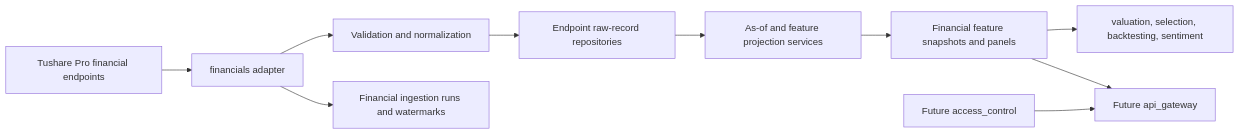
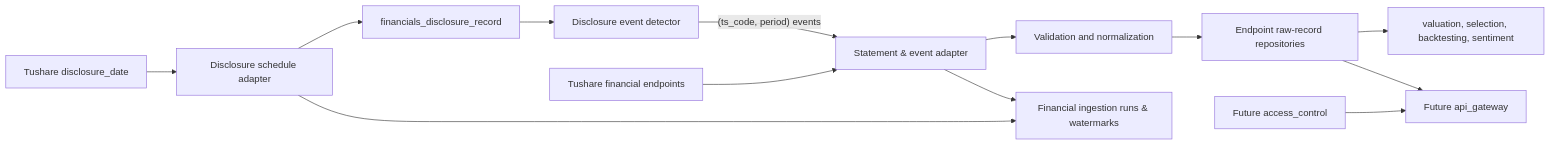
One commit to bizeasy17/sms changed the diagram in manniu/docs/requirements/market-analysis/financials-backend-design.md. Above: the diagram before and after it, drawn with Mermaid. The commit also changed other lines of this file and 29 other files, not shown here.

````diff
--- a/manniu/docs/requirements/market-analysis/financials-backend-design.md
+++ b/manniu/docs/requirements/market-analysis/financials-backend-design.md
@@ -28,12 +28,15 @@
 ```mermaid
 flowchart LR
-    Tushare[Tushare Pro financial endpoints] --> Adapter[financials adapter]
-    Adapter --> Normalize[Validation and normalization]
+    TushareDisc[Tushare disclosure_date] --> DiscAdapter[Disclosure schedule adapter]
+    DiscAdapter --> DiscRepo[financials_disclosure_record]
+    DiscRepo --> EventDetector[Disclosure event detector]
+    EventDetector --"(ts_code, period) events"--> StmtAdapter[Statement & event adapter]
+    TushareFin[Tushare financial endpoints] --> StmtAdapter
+    StmtAdapter --> Normalize[Validation and normalization]
     Normalize --> Raw[Endpoint raw-record repositories]
-    Raw --> AsOf[As-of and feature projection services]
-    AsOf --> Snapshot[Financial feature snapshots and panels]
-    Snapshot --> Consumer[valuation, selection, backtesting, sentiment]
-    Snapshot --> API[Future api_gateway]
+    Raw --> Consumer[valuation, selection, backtesting, sentiment]
+    Raw --> API[Future api_gateway]
     Access[Future access_control] --> API
-    Adapter --> Run[Financial ingestion runs and watermarks]
+    DiscAdapter --> Run[Financial ingestion runs & watermarks]
+    StmtAdapter --> Run
 ```
````
